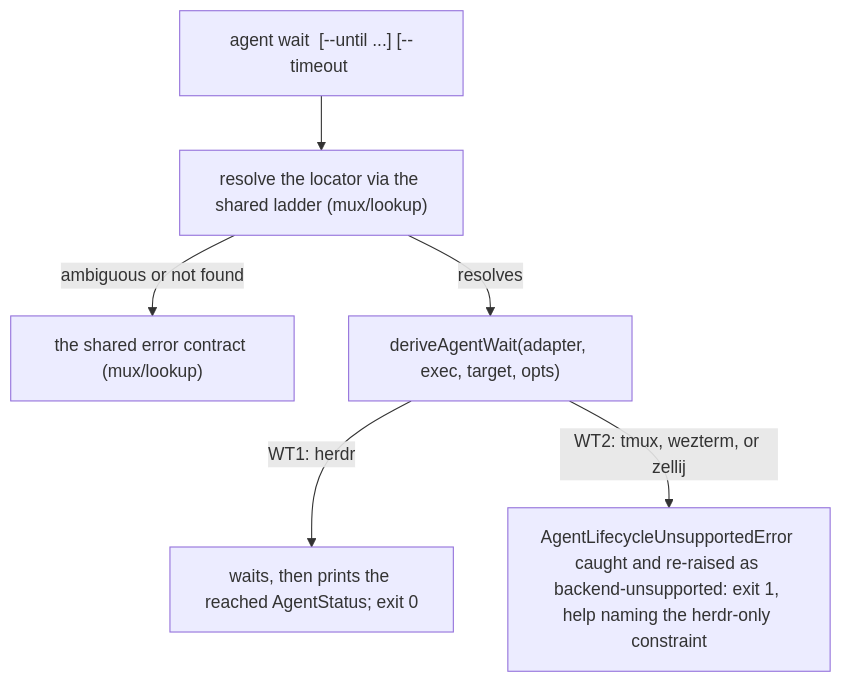
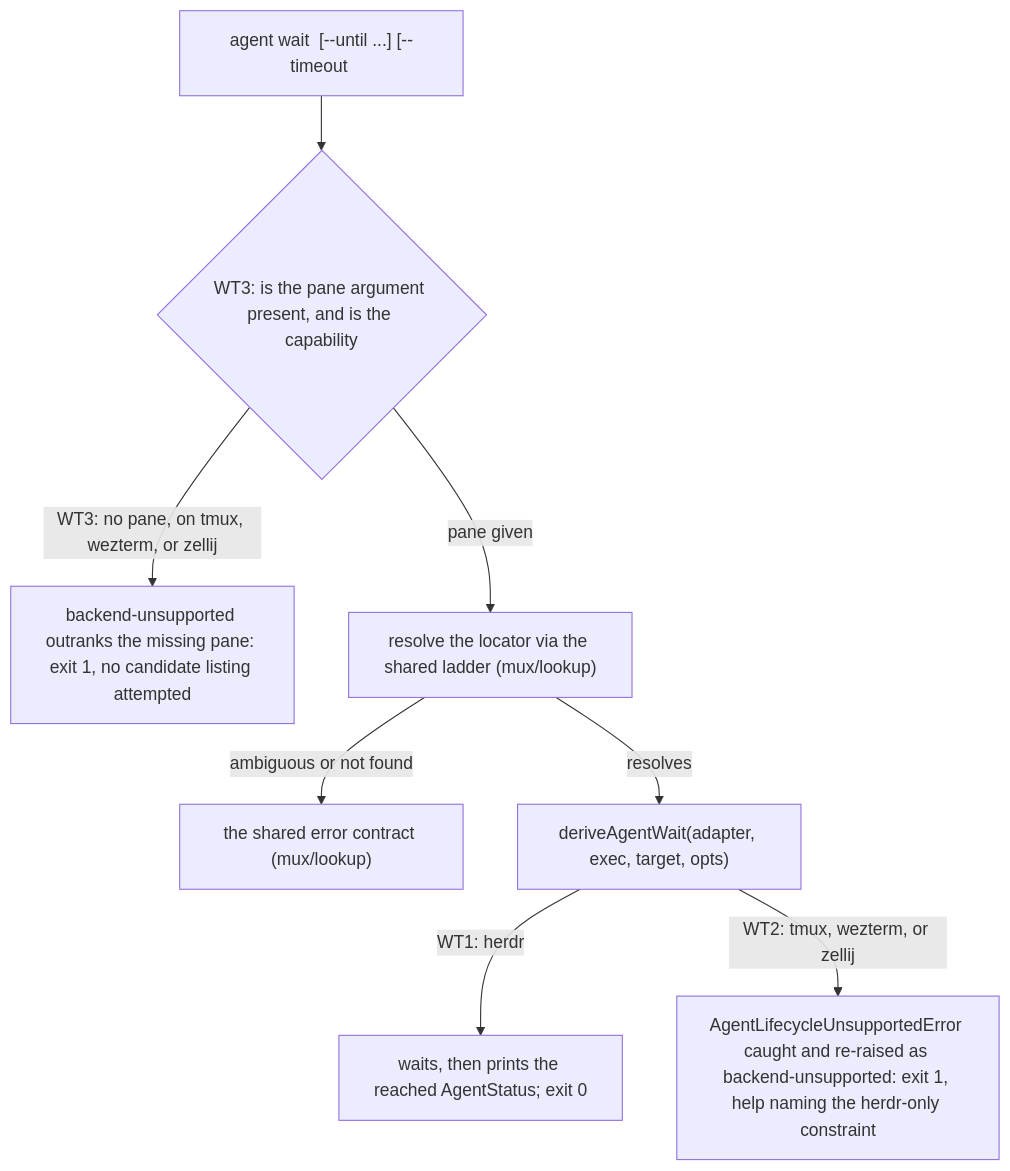
One commit to cyberuni/cyber-mux changed the second of 2 diagrams in packages/cyber-mux/.agents/spec/cli/agent/README.md. Above: the diagram before and after it, drawn with Mermaid. The commit also changed other lines of this file and 7 other files, not shown here.

First line of the commit message:
feat(cli): missing <pane> lists the live panes as candidates, across all pane verbs (#95)

````diff
--- a/packages/cyber-mux/.agents/spec/cli/agent/README.md
+++ b/packages/cyber-mux/.agents/spec/cli/agent/README.md
@@ -74,8 +85,10 @@
 ```mermaid
 graph TD
-  WT["agent wait <pane> [--until ...] [--timeout <ms>]"] --> RES["resolve the locator via the shared ladder (mux/lookup)"]
+  WT["agent wait <pane> [--until ...] [--timeout <ms>]"] --> CAP{"WT3: is the pane argument present, and is the capability"}
+  CAP -->|"WT3: no pane, on tmux, wezterm, or zellij"| WT3["backend-unsupported outranks the missing pane: exit 1, no candidate listing attempted"]
+  CAP -->|"pane given"| RES["resolve the locator via the shared ladder (mux/lookup)"]
   RES -->|"ambiguous or not found"| ERR["the shared error contract (mux/lookup)"]
   RES -->|"resolves"| DW["deriveAgentWait(adapter, exec, target, opts)"]
   DW -->|"WT1: herdr"| WT1["waits, then prints the reached AgentStatus; exit 0"]
   DW -->|"WT2: tmux, wezterm, or zellij"| WT2["AgentLifecycleUnsupportedError caught and re-raised as backend-unsupported: exit 1, help naming the herdr-only constraint"]
 ```
````
